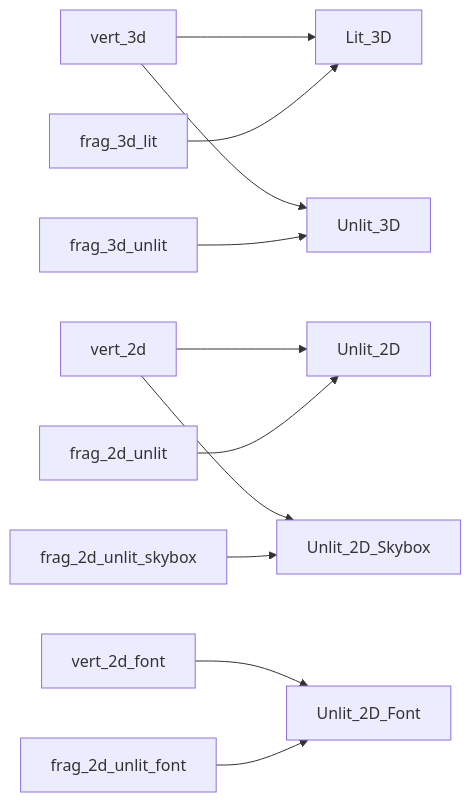
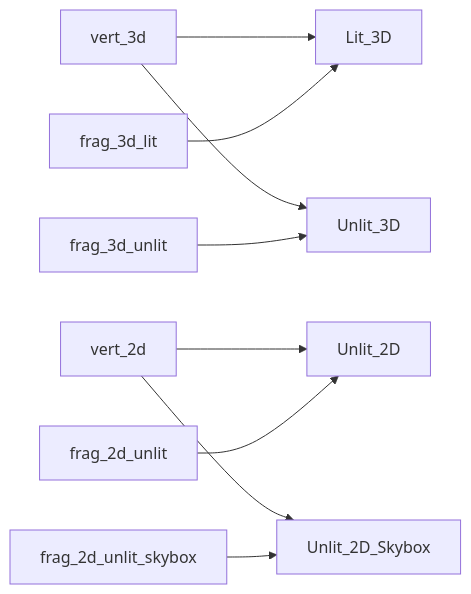
One commit to JordanMillett/Crux changed the diagram in CruxDocs/docs/shader-presets.md. Above: the diagram before and after it, drawn with Mermaid. The commit also changed 12 other files, not shown here.

````diff
--- a/CruxDocs/docs/shader-presets.md
+++ b/CruxDocs/docs/shader-presets.md
@@ -3,17 +3,14 @@
 ```mermaid
 graph LR
 	vert_3d --> Lit_3D
     frag_3d_lit --> Lit_3D
 
 	vert_3d --> Unlit_3D
     frag_3d_unlit --> Unlit_3D
 
 	vert_2d --> Unlit_2D
 	frag_2d_unlit --> Unlit_2D
 
-	vert_2d_font --> Unlit_2D_Font
-    frag_2d_unlit_font --> Unlit_2D_Font
-
     vert_2d --> Unlit_2D_Skybox
     frag_2d_unlit_skybox --> Unlit_2D_Skybox
 ```
````
